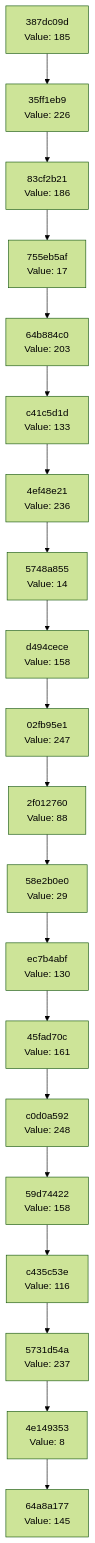
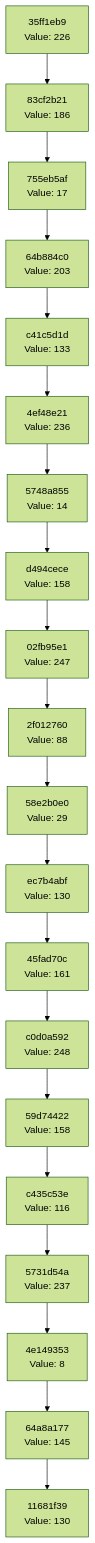
Before and after one commit to Abhisheksinha1506/hash-chain-evolver: the diagram in docs/CHAIN_VISUALIZATION.md, drawn with Mermaid (forest theme). The commit also changed 3 other files, not shown here.

````diff
--- a/docs/CHAIN_VISUALIZATION.md
+++ b/docs/CHAIN_VISUALIZATION.md
@@ -3,42 +3,42 @@
 ```mermaid
 graph TD
-    C0["64a8a177<br/>Value: 145"]
-    C1["4e149353<br/>Value: 8"]
+    C0["11681f39<br/>Value: 130"]
+    C1["64a8a177<br/>Value: 145"]
     C1 --> C0
-    C2["5731d54a<br/>Value: 237"]
+    C2["4e149353<br/>Value: 8"]
     C2 --> C1
-    C3["c435c53e<br/>Value: 116"]
+    C3["5731d54a<br/>Value: 237"]
     C3 --> C2
-    C4["59d74422<br/>Value: 158"]
+    C4["c435c53e<br/>Value: 116"]
     C4 --> C3
-    C5["c0d0a592<br/>Value: 248"]
+    C5["59d74422<br/>Value: 158"]
     C5 --> C4
-    C6["45fad70c<br/>Value: 161"]
+    C6["c0d0a592<br/>Value: 248"]
     C6 --> C5
-    C7["ec7b4abf<br/>Value: 130"]
+    C7["45fad70c<br/>Value: 161"]
     C7 --> C6
-    C8["58e2b0e0<br/>Value: 29"]
+    C8["ec7b4abf<br/>Value: 130"]
     C8 --> C7
-    C9["2f012760<br/>Value: 88"]
+    C9["58e2b0e0<br/>Value: 29"]
     C9 --> C8
-    C10["02fb95e1<br/>Value: 247"]
+    C10["2f012760<br/>Value: 88"]
     C10 --> C9
-    C11["d494cece<br/>Value: 158"]
+    C11["02fb95e1<br/>Value: 247"]
     C11 --> C10
-    C12["5748a855<br/>Value: 14"]
+    C12["d494cece<br/>Value: 158"]
     C12 --> C11
-    C13["4ef48e21<br/>Value: 236"]
+    C13["5748a855<br/>Value: 14"]
     C13 --> C12
-    C14["c41c5d1d<br/>Value: 133"]
+    C14["4ef48e21<br/>Value: 236"]
     C14 --> C13
-    C15["64b884c0<br/>Value: 203"]
+    C15["c41c5d1d<br/>Value: 133"]
     C15 --> C14
-    C16["755eb5af<br/>Value: 17"]
+    C16["64b884c0<br/>Value: 203"]
     C16 --> C15
-    C17["83cf2b21<br/>Value: 186"]
+    C17["755eb5af<br/>Value: 17"]
     C17 --> C16
-    C18["35ff1eb9<br/>Value: 226"]
+    C18["83cf2b21<br/>Value: 186"]
     C18 --> C17
-    C19["387dc09d<br/>Value: 185"]
+    C19["35ff1eb9<br/>Value: 226"]
     C19 --> C18
 ```
````
